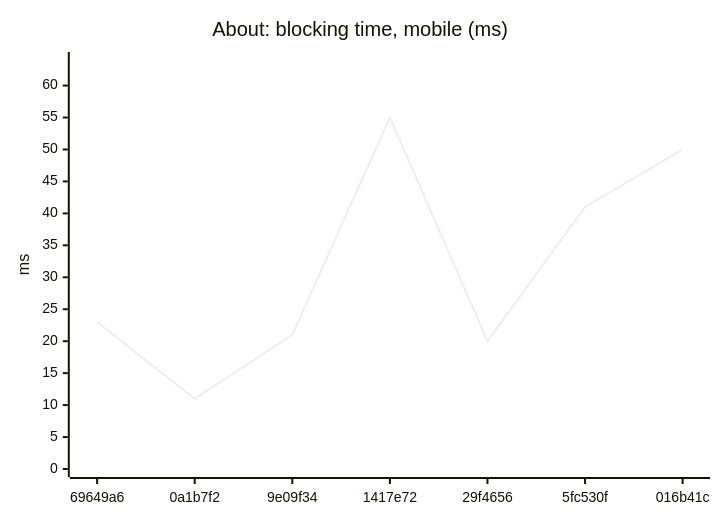
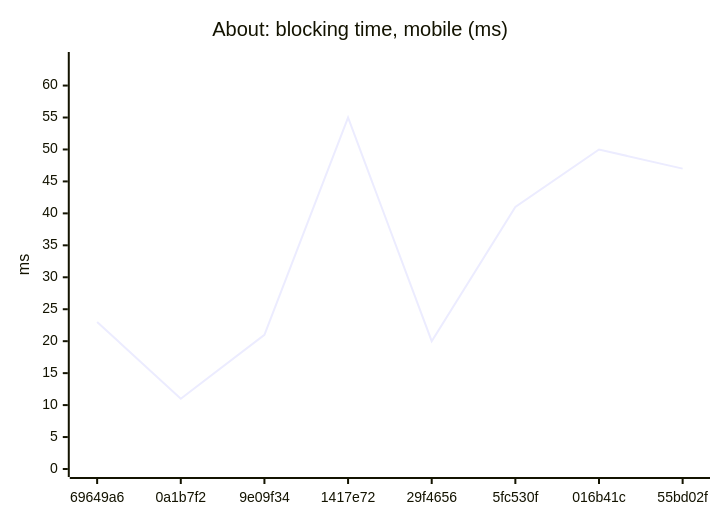
One commit to AxelUser/maltsev.space changed the sixth of 18 diagrams in README.md. Above: the diagram before and after it, drawn with Mermaid. The commit also changed other lines of this file and 1 other file, not shown here.

````diff
--- a/README.md
+++ b/README.md
@@ -79,7 +79,7 @@
 ```mermaid
 xychart-beta
   title "About: blocking time, mobile (ms)"
-  x-axis ["69649a6", "0a1b7f2", "9e09f34", "1417e72", "29f4656", "5fc530f", "016b41c"]
+  x-axis ["69649a6", "0a1b7f2", "9e09f34", "1417e72", "29f4656", "5fc530f", "016b41c", "55bd02f"]
   y-axis "ms" 0 --> 64
-  line [23, 11, 21, 55, 20, 41, 50]
+  line [23, 11, 21, 55, 20, 41, 50, 47]
 ```
````
